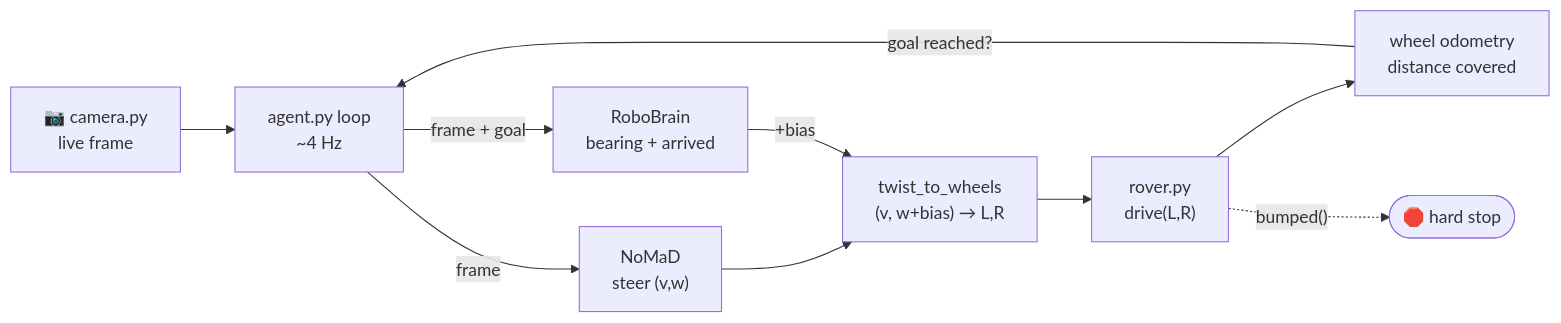
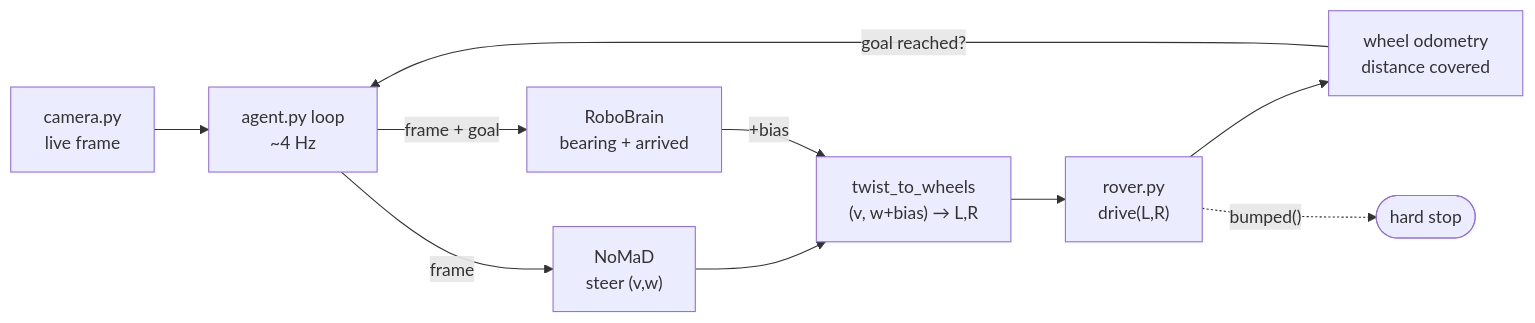
One commit to 0xSoftBoi/onchain-rover-solana changed the second of 4 diagrams in ROBOTICS.md. Above: the diagram before and after it, drawn with Mermaid. The commit also changed other lines of this file and 31 other files, not shown here.

Commit message:
Update Clanker500 docs and show flow

````diff
--- a/ROBOTICS.md
+++ b/ROBOTICS.md
@@ -54,12 +67,12 @@
 ```mermaid
 flowchart LR
-    CAM["📷 camera.py<br/>live frame"] --> AG
+    CAM["camera.py<br/>live frame"] --> AG
     AG["agent.py loop<br/>~4 Hz"] -->|"frame"| NM["NoMaD<br/>steer (v,w)"]
     AG -->|"frame + goal"| RB["RoboBrain<br/>bearing + arrived"]
     NM --> MIX["twist_to_wheels<br/>(v, w+bias) → L,R"]
     RB -->|"+bias"| MIX
     MIX --> RV["rover.py<br/>drive(L,R)"]
     RV --> ODO["wheel odometry<br/>distance covered"]
     ODO -->|"goal reached?"| AG
-    RV -.->|"bumped()"| STOP(["🛑 hard stop"])
+    RV -.->|"bumped()"| STOP(["hard stop"])
 ```
````
